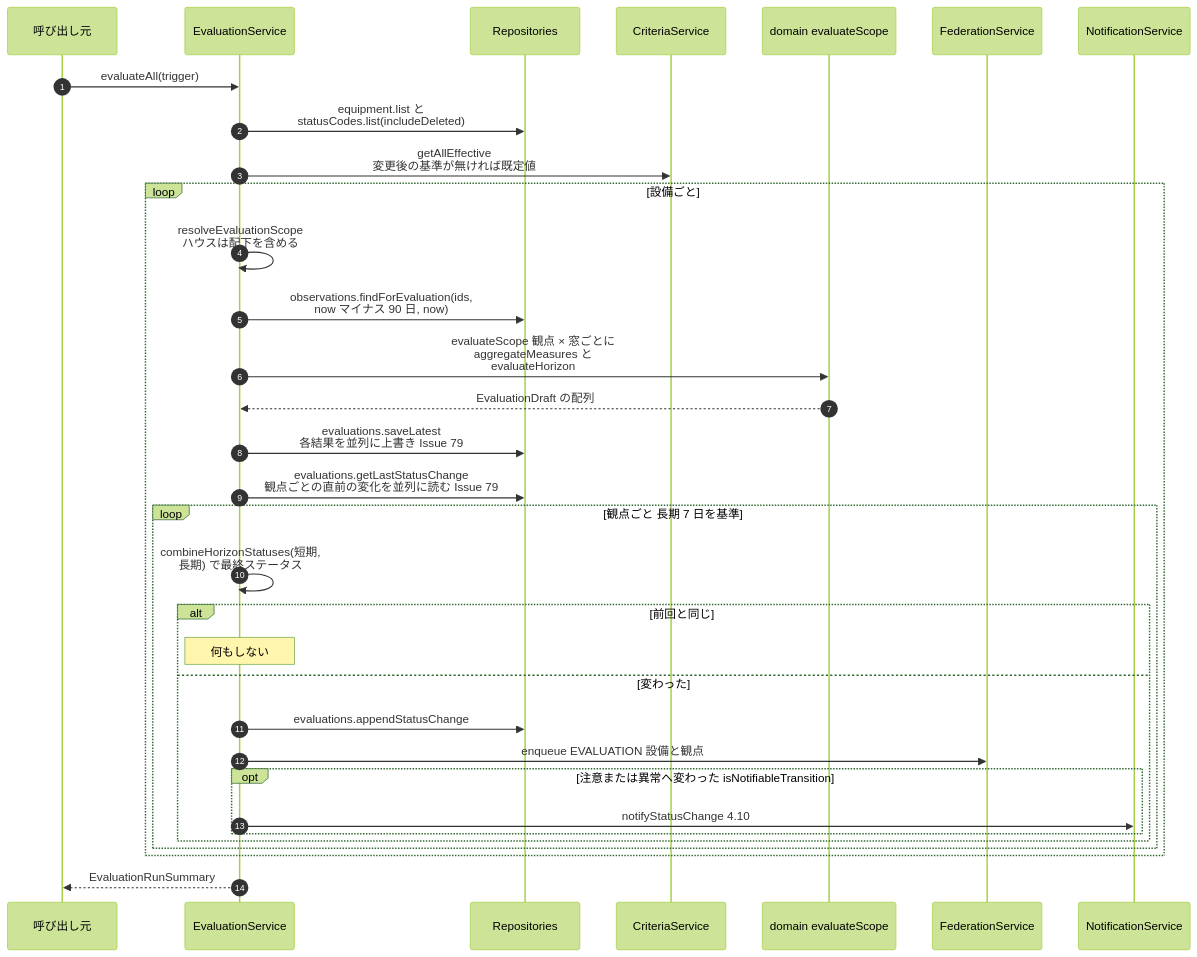
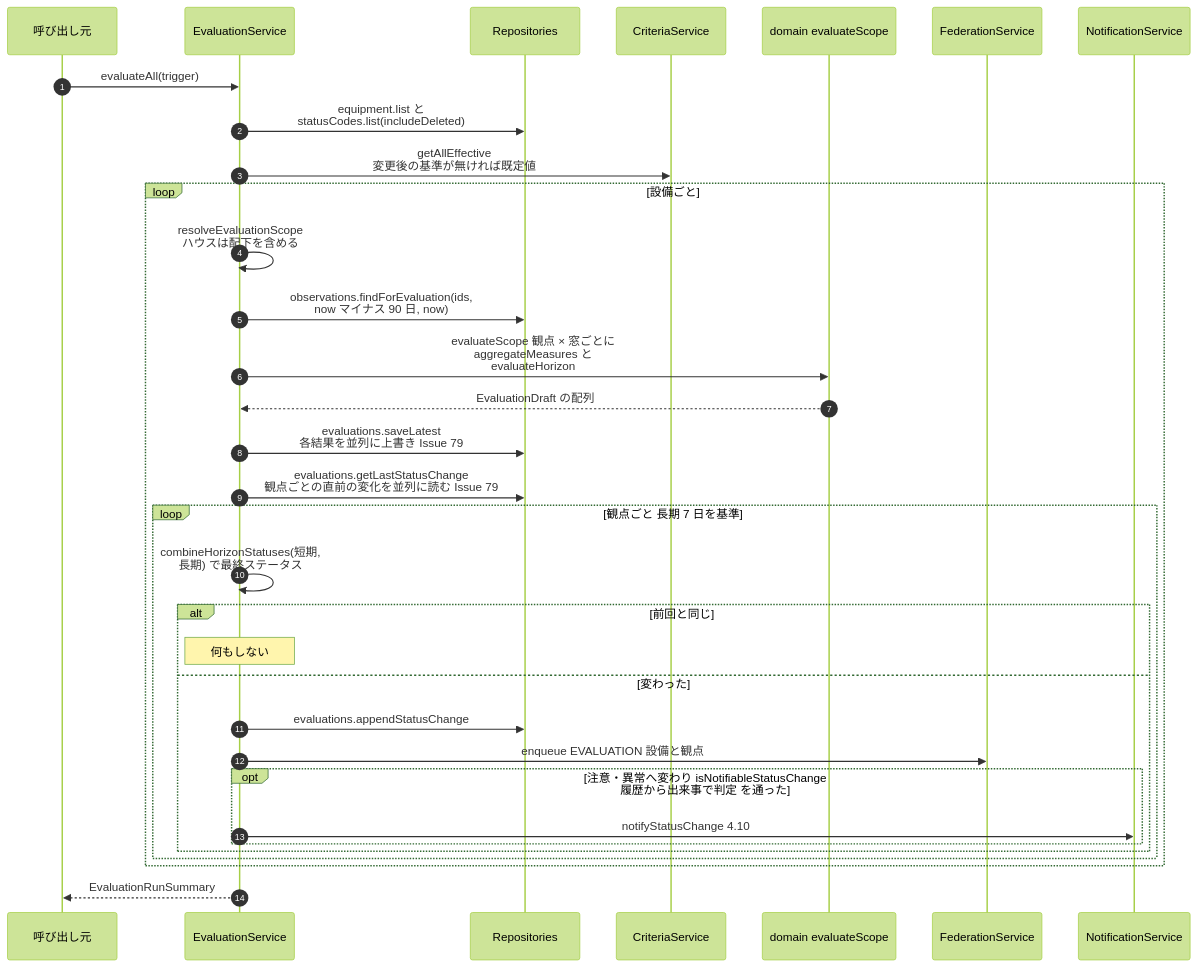
Diagram 15 of 46 in docs/10_design/architecture/as-built.md (NS-APU/smart-farm-monitoring), drawn with Mermaid (forest theme) before and after one commit. The commit also changed other lines of this file and 11 other files, not shown here.

````diff
--- a/docs/10_design/architecture/as-built.md
+++ b/docs/10_design/architecture/as-built.md
@@ -1311,36 +1333,36 @@
 ```mermaid
 sequenceDiagram
   autonumber
   participant C as 呼び出し元
   participant EV as EvaluationService
   participant REP as Repositories
   participant CS as CriteriaService
   participant DOM as domain evaluateScope
   participant FS as FederationService
   participant NS as NotificationService
 
   C->>EV: evaluateAll(trigger)
   EV->>REP: equipment.list と<br>statusCodes.list(includeDeleted)
   EV->>CS: getAllEffective<br>変更後の基準が無ければ既定値
   loop 設備ごと
     EV->>EV: resolveEvaluationScope<br>ハウスは配下を含める
     EV->>REP: observations.findForEvaluation(ids,<br>now マイナス 90 日, now)
     EV->>DOM: evaluateScope 観点 × 窓ごとに<br>aggregateMeasures と<br>evaluateHorizon
     DOM-->>EV: EvaluationDraft の配列
     EV->>REP: evaluations.saveLatest<br>各結果を並列に上書き Issue 79
     EV->>REP: evaluations.getLastStatusChange<br>観点ごとの直前の変化を並列に読む Issue 79
     loop 観点ごと 長期 7 日を基準
       EV->>EV: combineHorizonStatuses(短期,<br>長期) で最終ステータス
       alt 前回と同じ
         Note over EV: 何もしない
       else 変わった
         EV->>REP: evaluations.appendStatusChange
         EV->>FS: enqueue EVALUATION 設備と観点
-        opt 注意または異常へ変わった isNotifiableTransition
+        opt 注意・異常へ変わり isNotifiableStatusChange<br>履歴から出来事で判定 を通った
           EV->>NS: notifyStatusChange 4.10
         end
       end
     end
   end
   EV-->>C: EvaluationRunSummary
 ```
````
